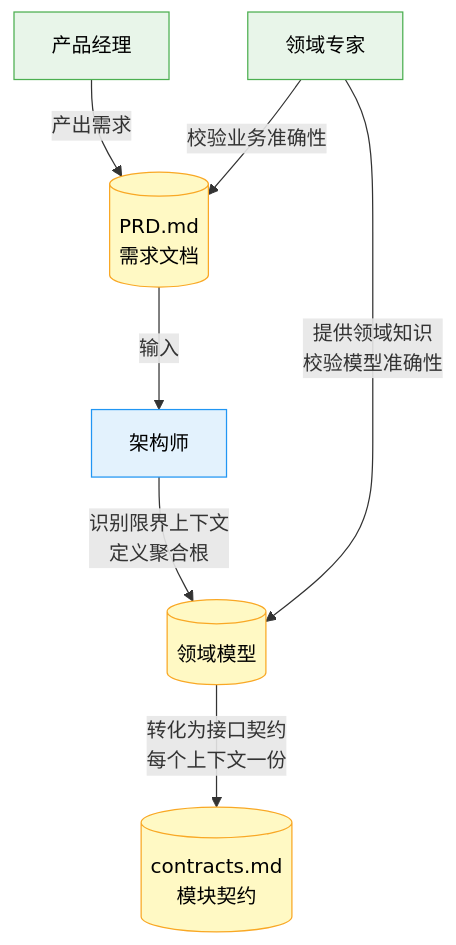
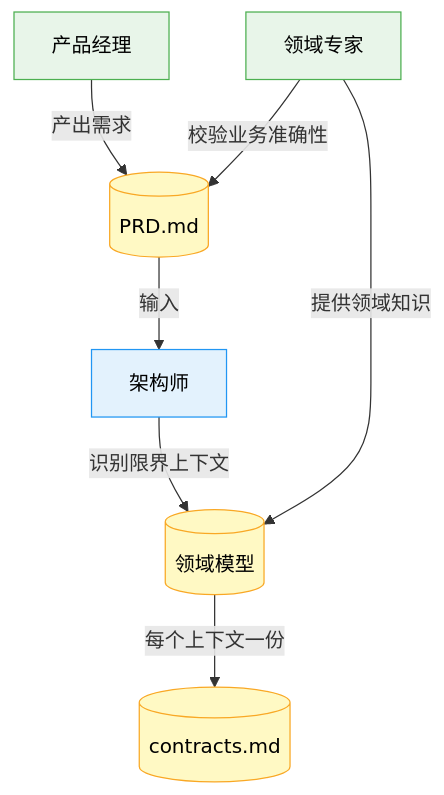
One commit to strommmm/storms-claude-configuration changed the fifth of 13 diagrams in docs/design-philosophy.md. Above: the diagram before and after it, drawn with Mermaid. The commit also changed other lines of this file, not shown here.

````diff
--- a/docs/design-philosophy.md
+++ b/docs/design-philosophy.md
@@ -183,22 +161,22 @@
 ```mermaid
 graph TD
     pm["产品经理"]:::green
     de["领域专家"]:::green
     arch["架构师"]:::blue
 
-    prd[("PRD.md<br/>需求文档")]:::doc
+    prd[("PRD.md")]:::doc
     model[("领域模型")]:::doc
-    contracts[("contracts.md<br/>模块契约")]:::doc
+    contracts[("contracts.md")]:::doc
 
     pm -- "产出需求" --> prd
     de -- "校验业务准确性" --> prd
     prd -- "输入" --> arch
 
-    de -- "提供领域知识<br/>校验模型准确性" --> model
-    arch -- "识别限界上下文<br/>定义聚合根" --> model
-    model -- "转化为接口契约<br/>每个上下文一份" --> contracts
+    de -- "提供领域知识" --> model
+    arch -- "识别限界上下文" --> model
+    model -- "每个上下文一份" --> contracts
 
     classDef green fill:#E8F5E9,stroke:#4CAF50,color:#000
     classDef blue fill:#E3F2FD,stroke:#2196F3,color:#000
     classDef doc fill:#FFF9C4,stroke:#F9A825,color:#000
 ```
````
